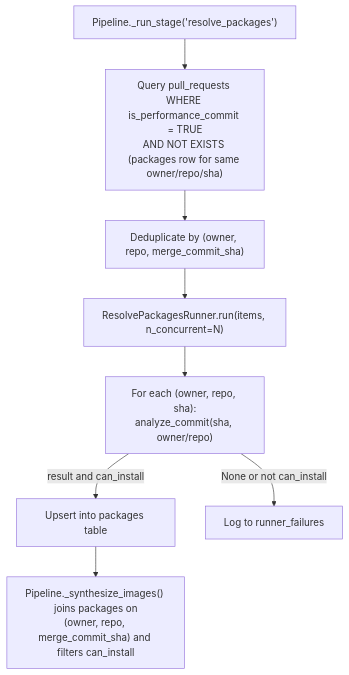
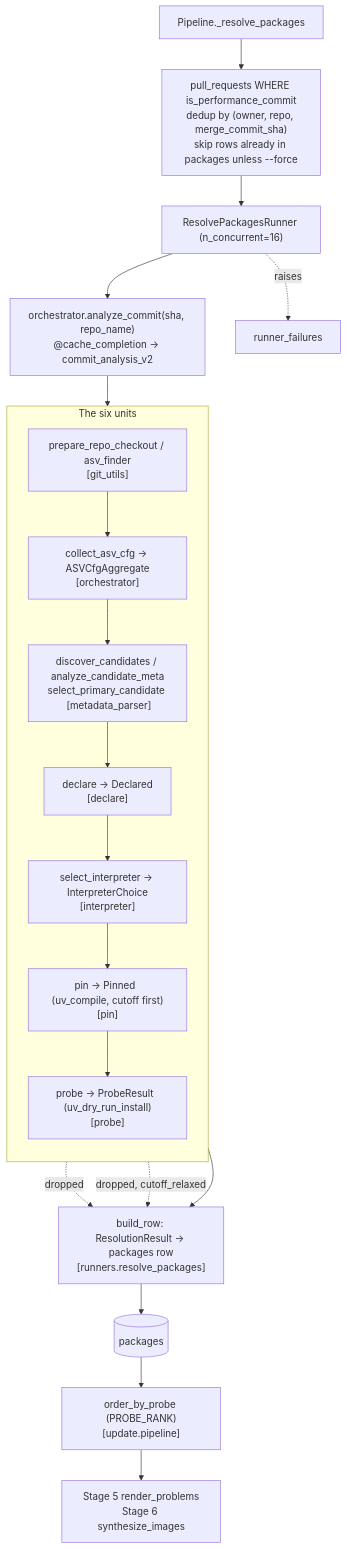
One commit to formula-code/datasmith changed the second of 2 diagrams in docs/design/components/datasmith.resolution.md. Above: the diagram before and after it, drawn with Mermaid. The commit also changed other lines of this file, not shown here.

````diff
--- a/docs/design/components/datasmith.resolution.md
+++ b/docs/design/components/datasmith.resolution.md
@@ -252,16 +356,32 @@
 ```mermaid
 flowchart TD
-    Stage["Pipeline._run_stage('resolve_packages')"]
-    Query["Query pull_requests WHERE is_performance_commit = TRUE<br/>AND NOT EXISTS (packages row for same owner/repo/sha)"]
-    Dedup["Deduplicate by (owner, repo, merge_commit_sha)"]
-    Runner["ResolvePackagesRunner.run(items, n_concurrent=N)"]
-    PerItem["For each (owner, repo, sha):<br/>analyze_commit(sha, owner/repo)"]
-    Upsert["Upsert into packages table"]
-    Failure["Log to runner_failures"]
-    Synth["Pipeline._synthesize_images() joins packages on<br/>(owner, repo, merge_commit_sha) and filters can_install"]
+    Stage["Pipeline._resolve_packages"]
+    Query["pull_requests WHERE is_performance_commit<br/>dedup by (owner, repo, merge_commit_sha)<br/>skip rows already in packages unless --force"]
+    Runner["ResolvePackagesRunner (n_concurrent=16)"]
+    Analyze["orchestrator.analyze_commit(sha, repo_name)<br/>@cache_completion → commit_analysis_v2"]
 
-    Stage --> Query --> Dedup --> Runner --> PerItem
-    PerItem -- "result and can_install" --> Upsert
-    PerItem -- "None or not can_install" --> Failure
-    Upsert --> Synth
+    subgraph Units["The six units"]
+        direction TB
+        Checkout["prepare_repo_checkout / asv_finder<br/>[git_utils]"]
+        ASV["collect_asv_cfg → ASVCfgAggregate<br/>[orchestrator]"]
+        Discover["discover_candidates / analyze_candidate_meta<br/>select_primary_candidate  [metadata_parser]"]
+        Declare["declare → Declared<br/>[declare]"]
+        Interp["select_interpreter → InterpreterChoice<br/>[interpreter]"]
+        Pin["pin → Pinned  (uv_compile, cutoff first)<br/>[pin]"]
+        Probe["probe → ProbeResult  (uv_dry_run_install)<br/>[probe]"]
+
+        Checkout --> ASV --> Discover --> Declare --> Interp --> Pin --> Probe
+    end
+
+    Emit["build_row: ResolutionResult → packages row<br/>[runners.resolve_packages]"]
+    DB[("packages")]
+    Order["order_by_probe (PROBE_RANK)<br/>[update.pipeline]"]
+    Down["Stage 5 render_problems<br/>Stage 6 synthesize_images"]
+    Failure["runner_failures"]
+
+    Stage --> Query --> Runner --> Analyze --> Units --> Emit --> DB
+    DB --> Order --> Down
+    Runner -. raises .-> Failure
+    Declare -. dropped .-> Emit
+    Pin -. dropped, cutoff_relaxed .-> Emit
 ```
````
